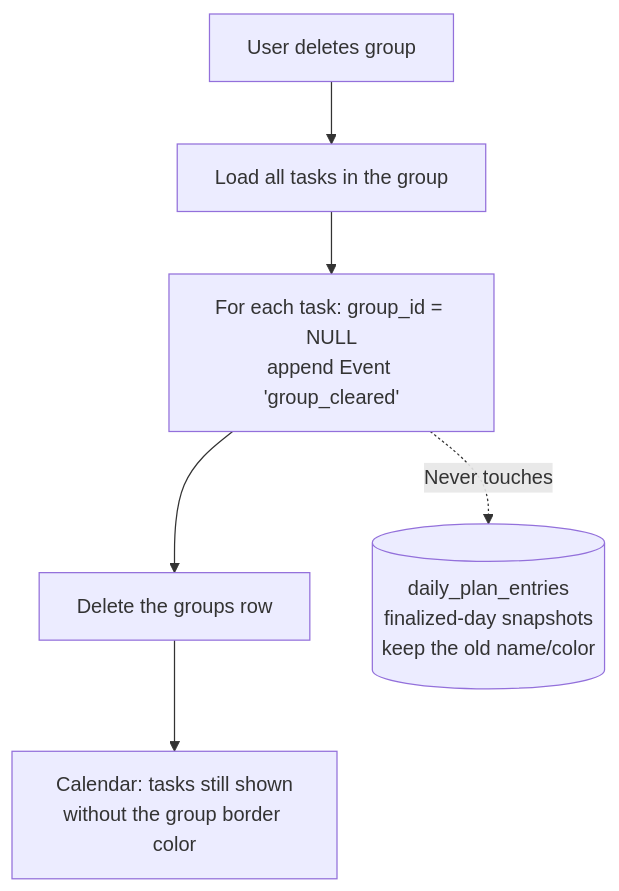
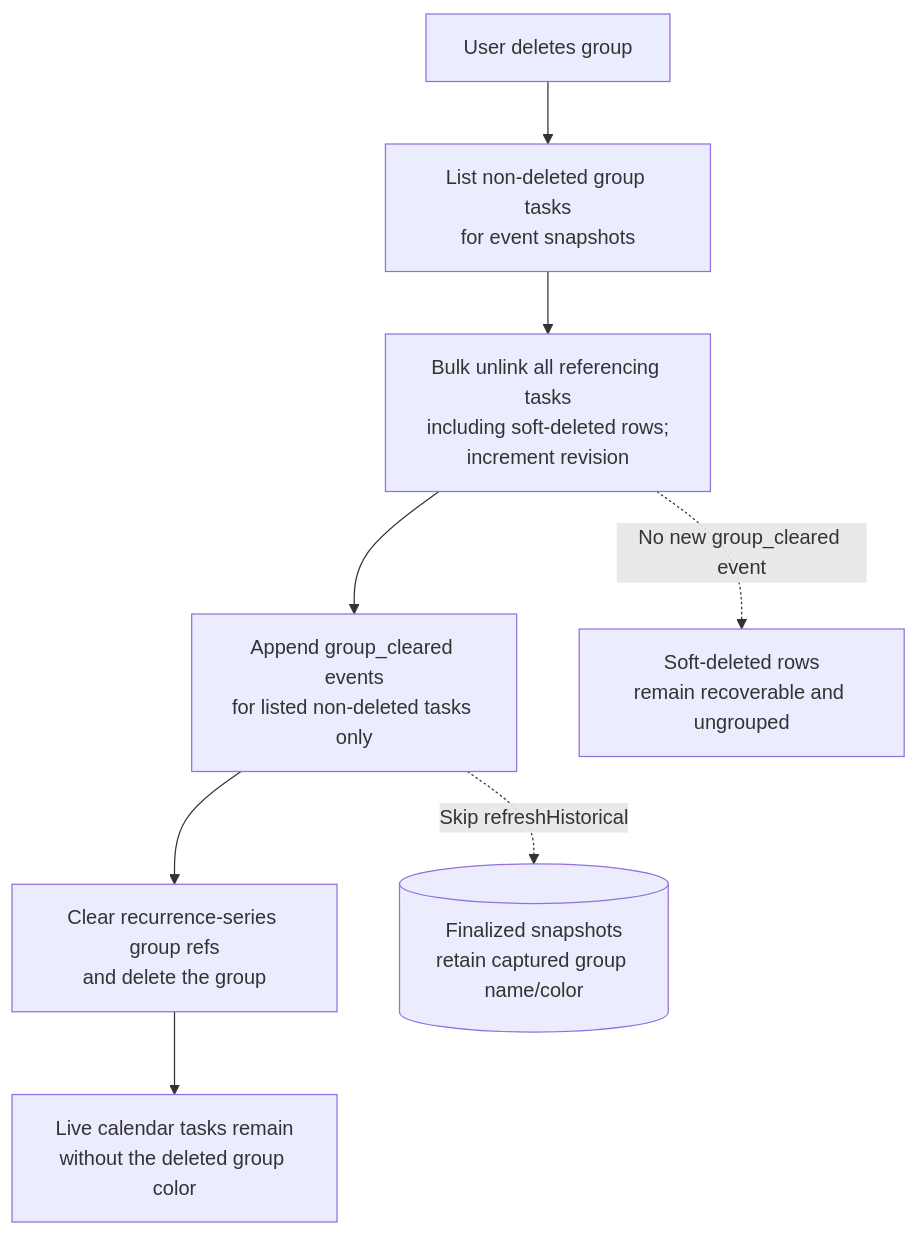
Before and after one commit to Walker-mfj/TodoCal: the diagram in docs/features/03-groups.md, drawn with Mermaid. The commit also changed other lines of this file and 1 other file, not shown here.

Commit message:
docs(features): clarify group deletion journaling for soft-deleted tasks

````diff
--- a/docs/features/03-groups.md
+++ b/docs/features/03-groups.md
@@ -22,8 +24,10 @@
 ```mermaid
 flowchart TD
-    A[User deletes group] --> B[Load all tasks in the group]
-    B --> C[For each task: group_id = NULL<br/>append Event 'group_cleared']
-    C --> D[Delete the groups row]
-    D --> E[Calendar: tasks still shown<br/>without the group border color]
-    C -.->|Never touches| F[(daily_plan_entries<br/>finalized-day snapshots<br/>keep the old name/color)]
+    A[User deletes group] --> B[List non-deleted group tasks<br/>for event snapshots]
+    B --> C[Bulk unlink all referencing tasks<br/>including soft-deleted rows;<br/>increment revision]
+    C --> D[Append group_cleared events<br/>for listed non-deleted tasks only]
+    C -.->|No new group_cleared event| X[Soft-deleted rows<br/>remain recoverable and ungrouped]
+    D --> E[Clear recurrence-series group refs<br/>and delete the group]
+    E --> F[Live calendar tasks remain<br/>without the deleted group color]
+    D -.->|Skip refreshHistorical| H[(Finalized snapshots<br/>retain captured group name/color)]
 ```
````
